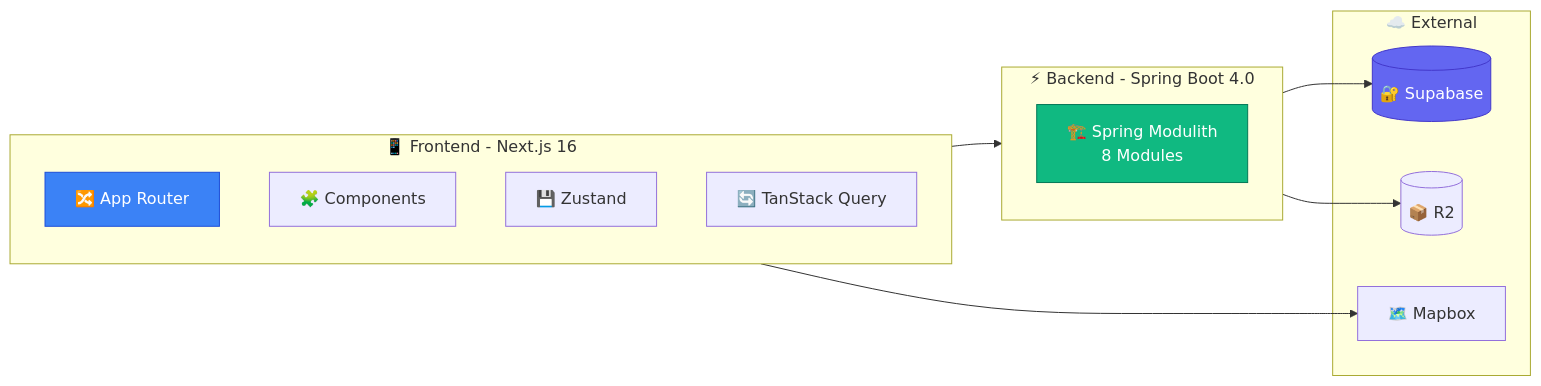
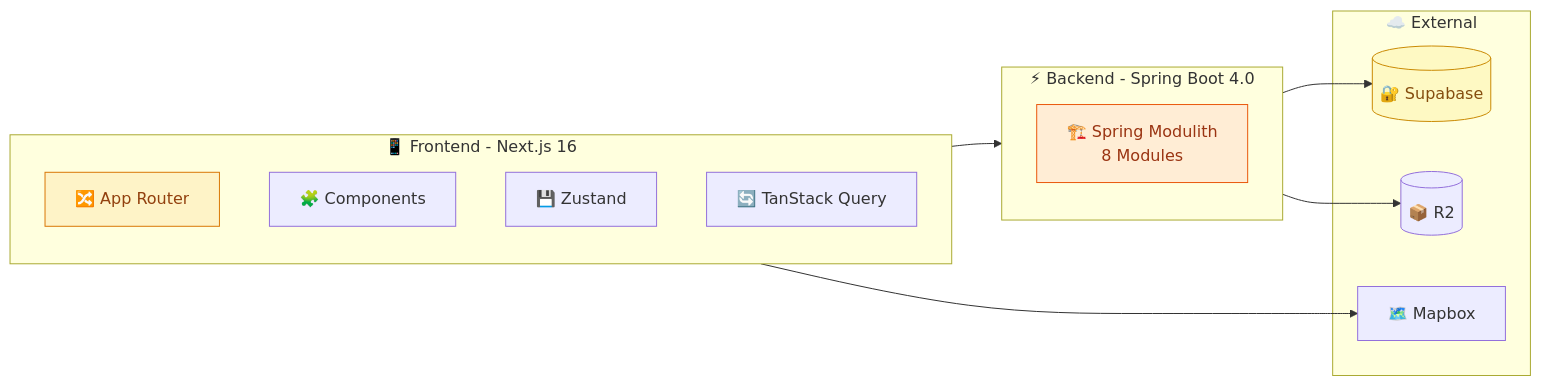
One commit to deznode/nosilha changed the second of 6 diagrams in docs/architecture.md. Above: the diagram before and after it, drawn with Mermaid. The commit also changed other lines of this file and 8 other files, not shown here.

````diff
--- a/docs/architecture.md
+++ b/docs/architecture.md
@@ -146,29 +146,29 @@
 ```mermaid
 flowchart LR
     subgraph Frontend["📱 Frontend - Next.js 16"]
         direction TB
         app["🔀 App Router"]
         components["🧩 Components"]
         stores["💾 Zustand"]
         queries["🔄 TanStack Query"]
     end
 
     subgraph Backend["⚡ Backend - Spring Boot 4.0"]
         modules["🏗️ Spring Modulith\n8 Modules"]
     end
 
     subgraph External["☁️ External"]
         supabase[("🔐 Supabase")]
         r2[("📦 R2")]
         mapbox["🗺️ Mapbox"]
     end
 
     Frontend --> Backend
     Frontend --> mapbox
     Backend --> supabase
     Backend --> r2
 
-    style app fill:#3b82f6,stroke:#1d4ed8,color:#fff
-    style modules fill:#10b981,stroke:#047857,color:#fff
-    style supabase fill:#6366f1,stroke:#4338ca,color:#fff
+    style app fill:#fef3c7,stroke:#d97706,color:#92400e
+    style modules fill:#ffedd5,stroke:#ea580c,color:#9a3412
+    style supabase fill:#fef9c3,stroke:#ca8a04,color:#854d0e
 ```
````
